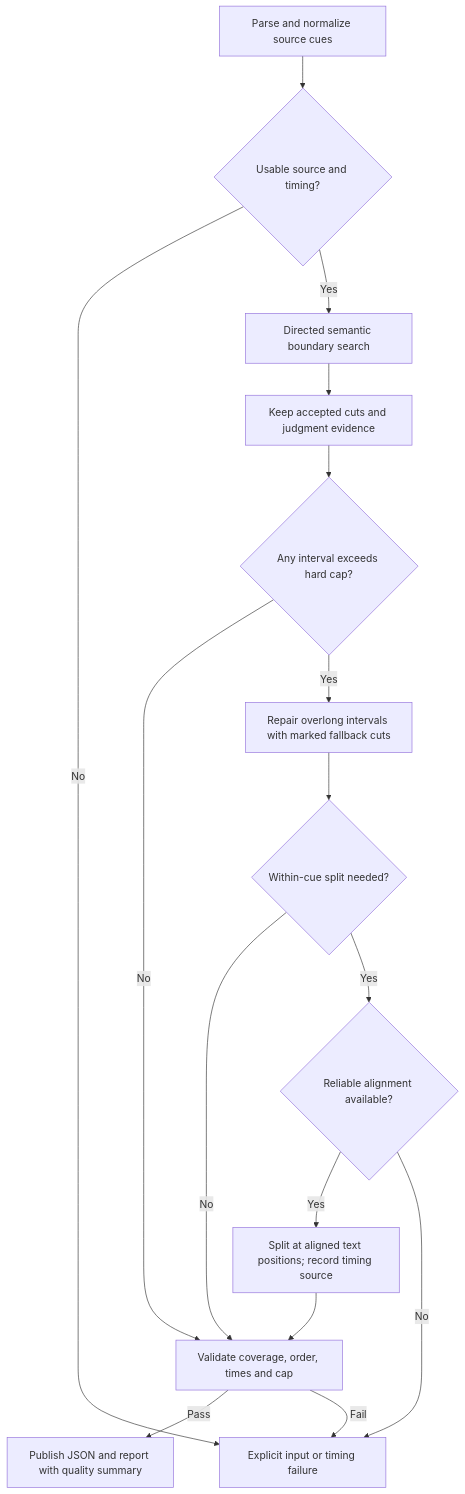
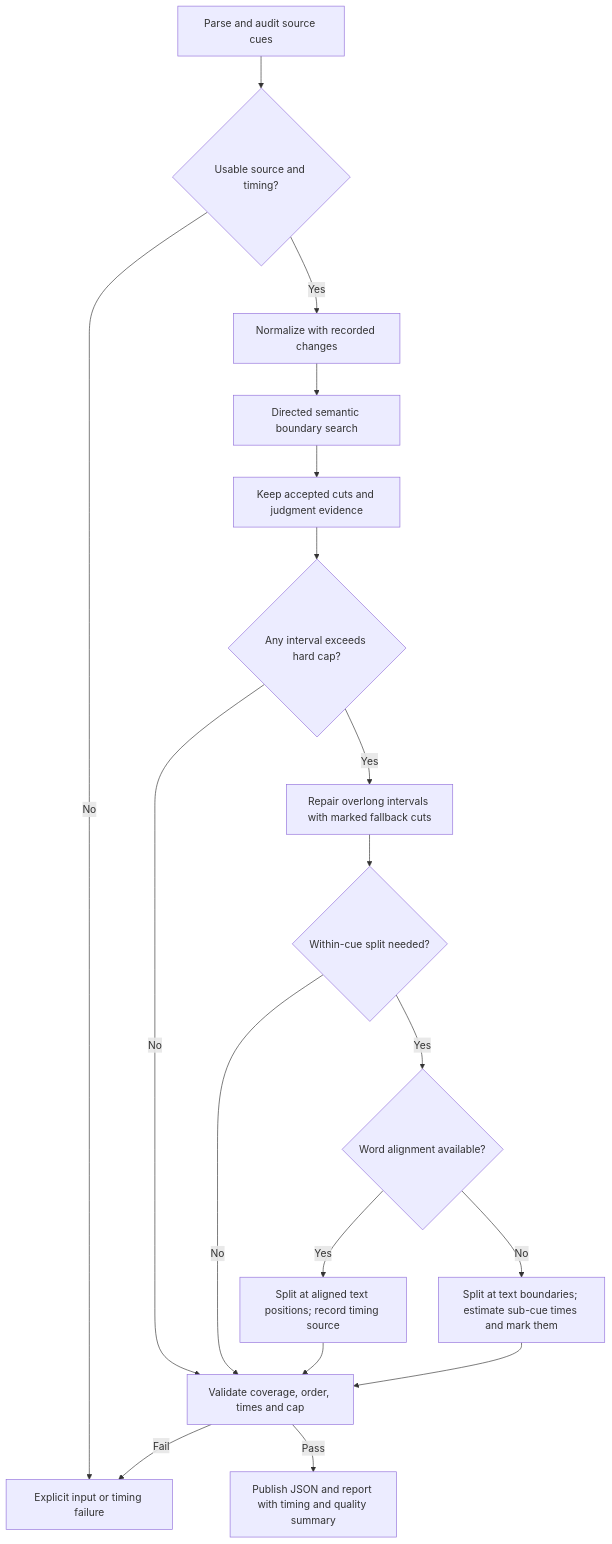
Before and after one commit to al-munazzim/jevclip: the first of 2 diagrams in docs/snu-failsafe-design.md, drawn with Mermaid. The commit also changed other lines of this file and 1 other file, not shown here.

Commit message:
Revise SNU failsafe proposal for estimated within-cue timing

````diff
--- a/docs/snu-failsafe-design.md
+++ b/docs/snu-failsafe-design.md
@@ -13,18 +13,20 @@
 ```mermaid
 flowchart TD
-    A[Parse and normalize source cues] --> B{Usable source and timing?}
+    A[Parse and audit source cues] --> B{Usable source and timing?}
     B -- No --> X[Explicit input or timing failure]
-    B -- Yes --> C[Directed semantic boundary search]
+    B -- Yes --> N[Normalize with recorded changes]
+    N --> C[Directed semantic boundary search]
     C --> D[Keep accepted cuts and judgment evidence]
     D --> E{Any interval exceeds hard cap?}
     E -- No --> V[Validate coverage, order, times and cap]
     E -- Yes --> F[Repair overlong intervals with marked fallback cuts]
     F --> G{Within-cue split needed?}
     G -- No --> V
-    G -- Yes --> H{Reliable alignment available?}
+    G -- Yes --> H{Word alignment available?}
     H -- Yes --> I[Split at aligned text positions; record timing source]
-    H -- No --> X
+    H -- No --> J[Split at text boundaries; estimate sub-cue times and mark them]
     I --> V
-    V -- Pass --> P[Publish JSON and report with quality summary]
+    J --> V
+    V -- Pass --> P[Publish JSON and report with timing and quality summary]
     V -- Fail --> X
 ```
````
